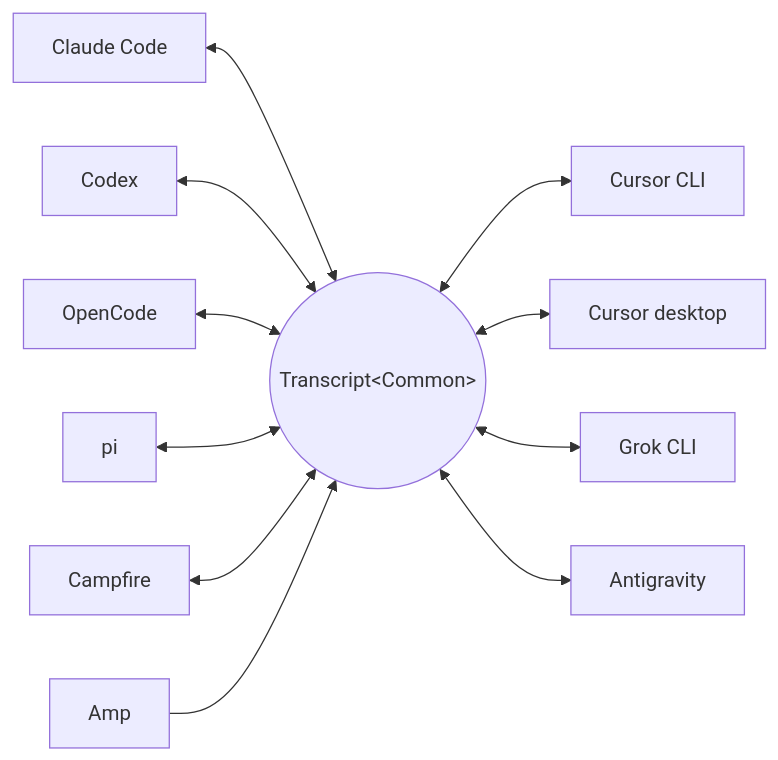
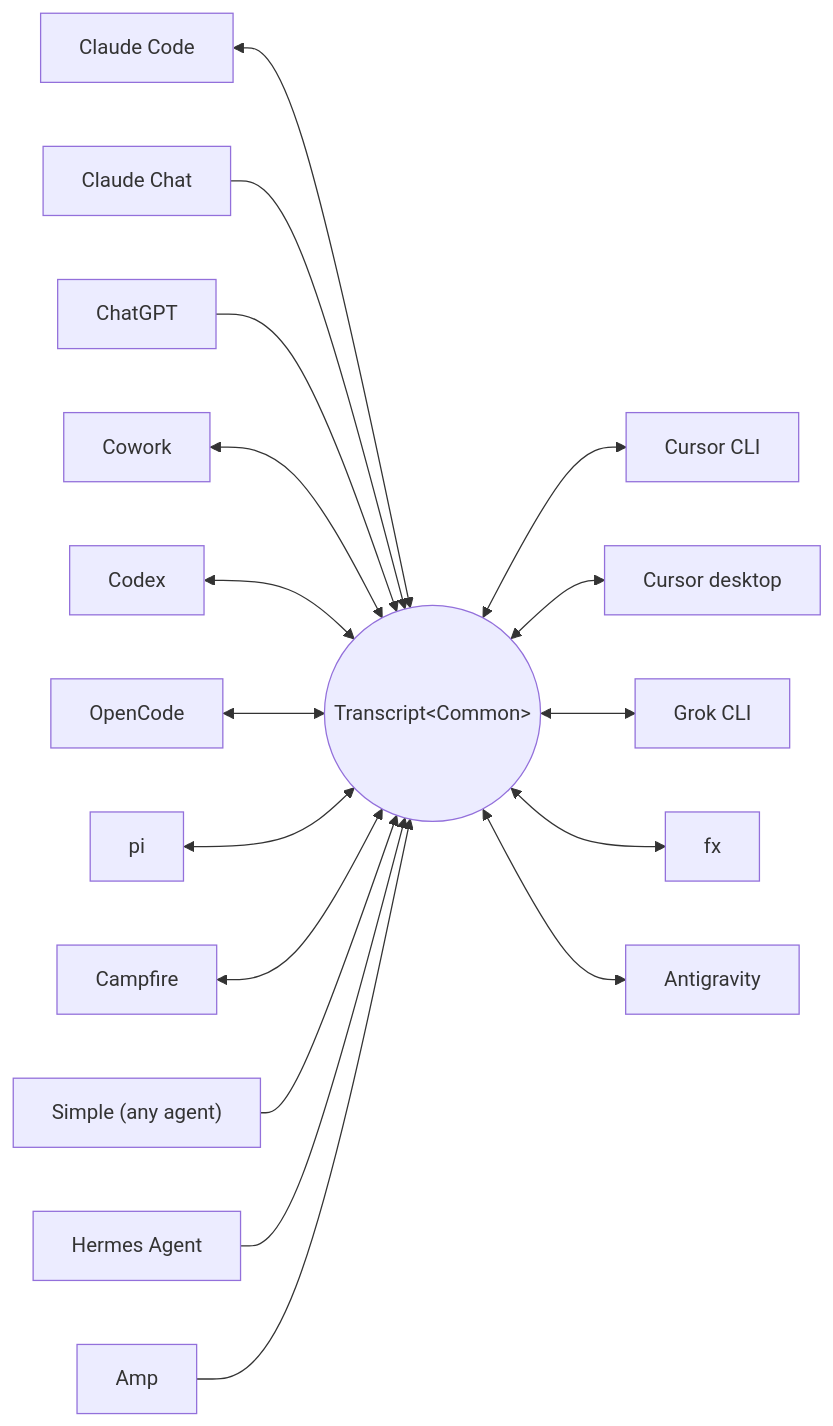
One commit to Adityakk9031/txcript changed the diagram in docs/translations/README.de.md. Above: the diagram before and after it, drawn with Mermaid. The commit also changed other lines of this file and 13 other files, not shown here.

````diff
--- a/docs/translations/README.de.md
+++ b/docs/translations/README.de.md
@@ -59,13 +61,19 @@
 ```mermaid
 flowchart LR
     claude["Claude Code"] <--> common(("Transcript&lt;Common&gt;"))
+    claudechat["Claude Chat"] --> common
+    chatgpt["ChatGPT"] --> common
+    cowork["Cowork"] <--> common
     codex["Codex"] <--> common
     opencode["OpenCode"] <--> common
     pi["pi"] <--> common
     campfire["Campfire"] <--> common
     common <--> cursor["Cursor CLI"]
     common <--> cursordesktop["Cursor desktop"]
     common <--> grok["Grok CLI"]
+    common <--> fx["fx"]
     common <--> antigravity["Antigravity"]
+    simple["Simple (any agent)"] --> common
+    hermes["Hermes Agent"] --> common
     amp["Amp"] --> common
 ```
````
